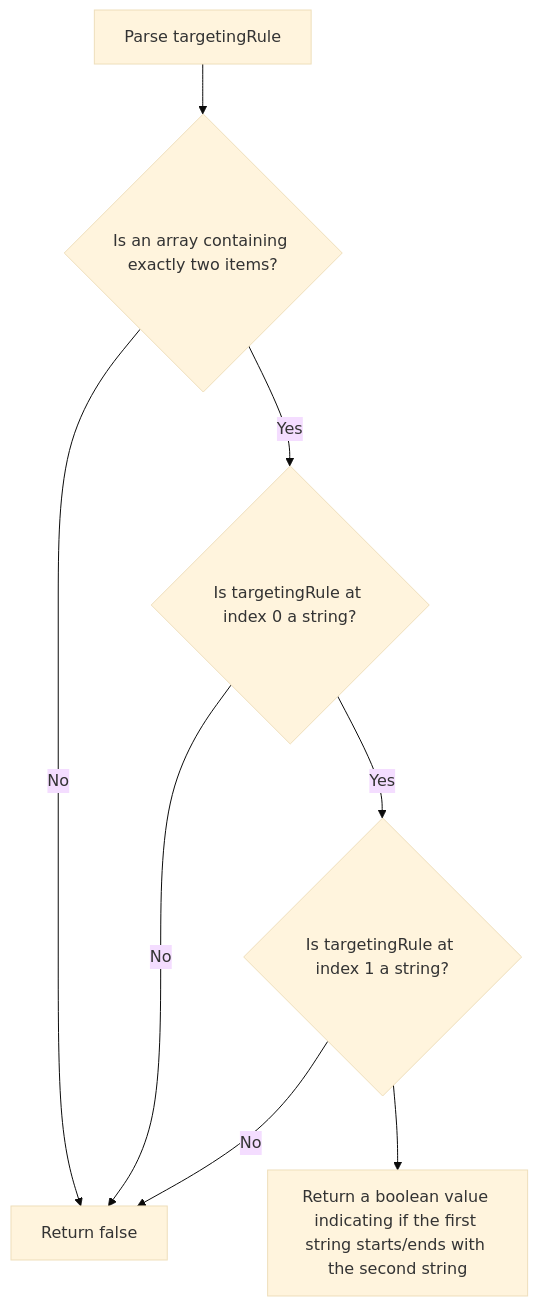
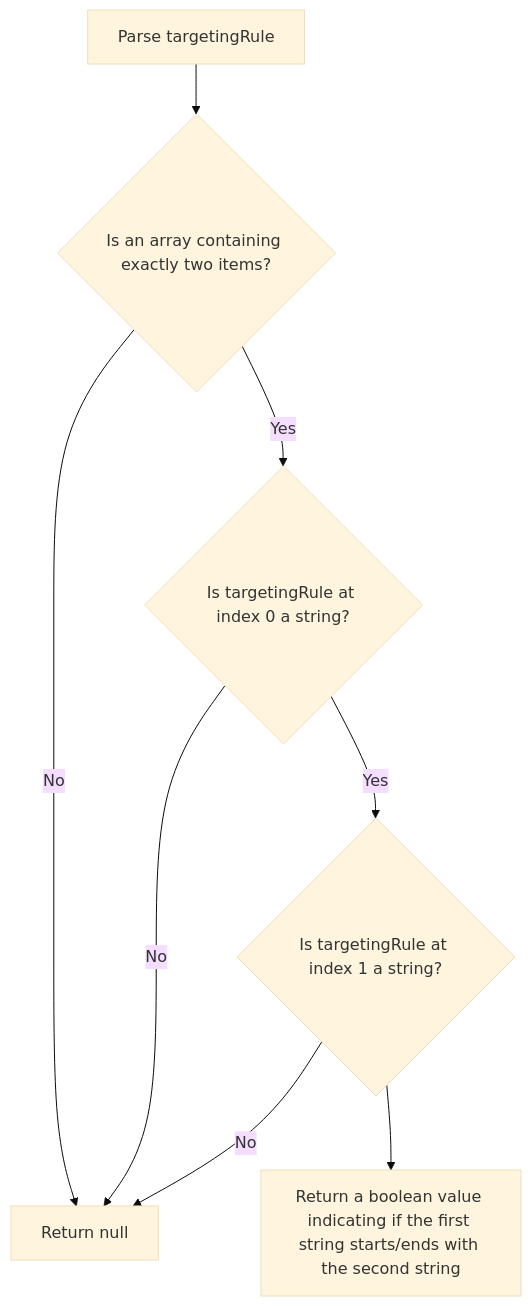
One commit to open-feature/flagd changed the diagram in docs/reference/specifications/custom-operations/string-comparison-operation-spec.md. Above: the diagram before and after it, drawn with Mermaid (base theme). The commit also changed 7 other files, not shown here.

````diff
--- a/docs/reference/specifications/custom-operations/string-comparison-operation-spec.md
+++ b/docs/reference/specifications/custom-operations/string-comparison-operation-spec.md
@@ -31,10 +31,10 @@
 ```mermaid
 flowchart TD
 A[Parse targetingRule] --> B{Is an array containing exactly two items?};
 B -- Yes --> C{Is targetingRule at index 0 a string?};
-B -- No --> D[Return false];
+B -- No --> D[Return null];
 C -- Yes --> E{Is targetingRule at index 1 a string?};
 C -- No --> D;
 E -- No --> D;
 E --> F[Return a boolean value indicating if the first string starts/ends with the second string];
 ```
````
